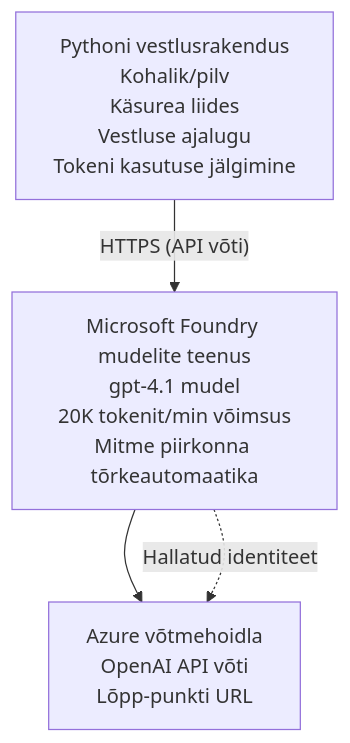
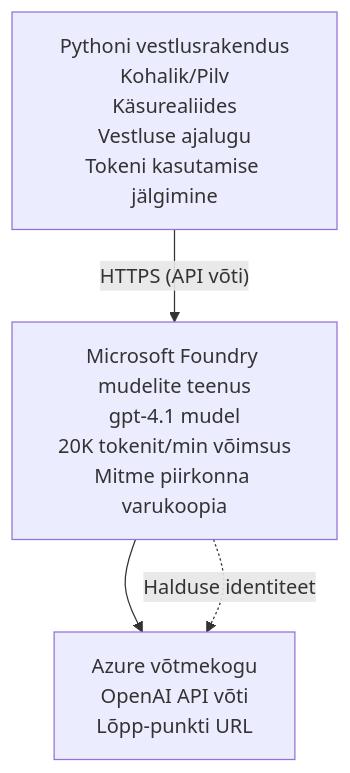
The diagram in translations/et/examples/azure-openai-chat/README.md (microsoft/AZD-for-beginners), drawn with Mermaid before and after one commit. The commit also changed other lines of this file and 104 other files, not shown here.

````diff
--- a/translations/et/examples/azure-openai-chat/README.md
+++ b/translations/et/examples/azure-openai-chat/README.md
@@ -26,6 +26,6 @@
 ```mermaid
 graph TD
-    App[Pythoni vestlusrakendus<br/>Kohalik/pilv<br/>Käsurea liides<br/>Vestluse ajalugu<br/>Tokeni kasutuse jälgimine] -- "HTTPS (API võti)" --> Foundry[Microsoft Foundry mudelite teenus<br/>gpt-4.1 mudel<br/>20K tokenit/min võimsus<br/>Mitme piirkonna tõrkeautomaatika]
-    Foundry --> KV[Azure võtmehoidla<br/>OpenAI API võti<br/>Lõpp-punkti URL]
-    Foundry -. Hallatud identiteet .-> KV
+    App[Pythoni vestlusrakendus<br/>Kohalik/Pilv<br/>Käsurealiides<br/>Vestluse ajalugu<br/>Tokeni kasutamise jälgimine] -- "HTTPS (API võti)" --> Foundry[Microsoft Foundry mudelite teenus<br/>gpt-4.1 mudel<br/>20K tokenit/min võimsus<br/>Mitme piirkonna varukoopia]
+    Foundry --> KV[Azure võtmekogu<br/>OpenAI API võti<br/>Lõpp-punkti URL]
+    Foundry -. Halduse identiteet .-> KV
 ```
````
